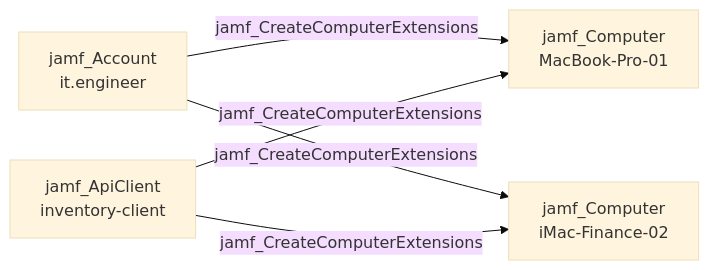
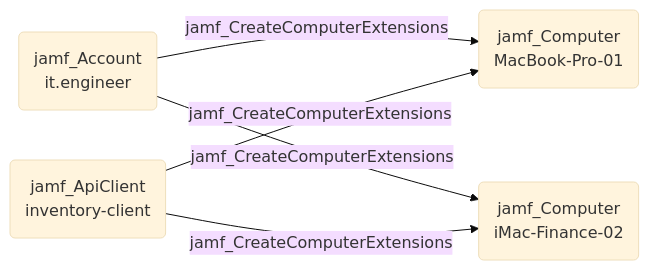
Before and after one commit to SpecterOps/bloodhound-docs: the diagram in docs/opengraph/extensions/jamfhound/reference/edges/jamf_createcomputerextensions.mdx, drawn with Mermaid (base theme). The commit also changed 2 other files, not shown here.

Commit message:
Testing Mermaid graph updates

````diff
--- a/docs/opengraph/extensions/jamfhound/reference/edges/jamf_createcomputerextensions.mdx
+++ b/docs/opengraph/extensions/jamfhound/reference/edges/jamf_createcomputerextensions.mdx
@@ -18,7 +18,15 @@
 ```mermaid
 graph LR
-    A["jamf_Account\nit.engineer"] -->|jamf_CreateComputerExtensions| B["jamf_Computer\nMacBook-Pro-01"]
-    A -->|jamf_CreateComputerExtensions| C["jamf_Computer\niMac-Finance-02"]
-    D["jamf_ApiClient\ninventory-client"] -->|jamf_CreateComputerExtensions| B
-    D -->|jamf_CreateComputerExtensions| C
+    A("jamf_Account
+it.engineer")
+    B("jamf_Computer
+MacBook-Pro-01")
+    C("jamf_Computer
+iMac-Finance-02")
+    D("jamf_ApiClient
+inventory-client")
+    A -- jamf_CreateComputerExtensions --> B
+    A -- jamf_CreateComputerExtensions --> C
+    D -- jamf_CreateComputerExtensions --> B
+    D -- jamf_CreateComputerExtensions --> C
 ```
````
